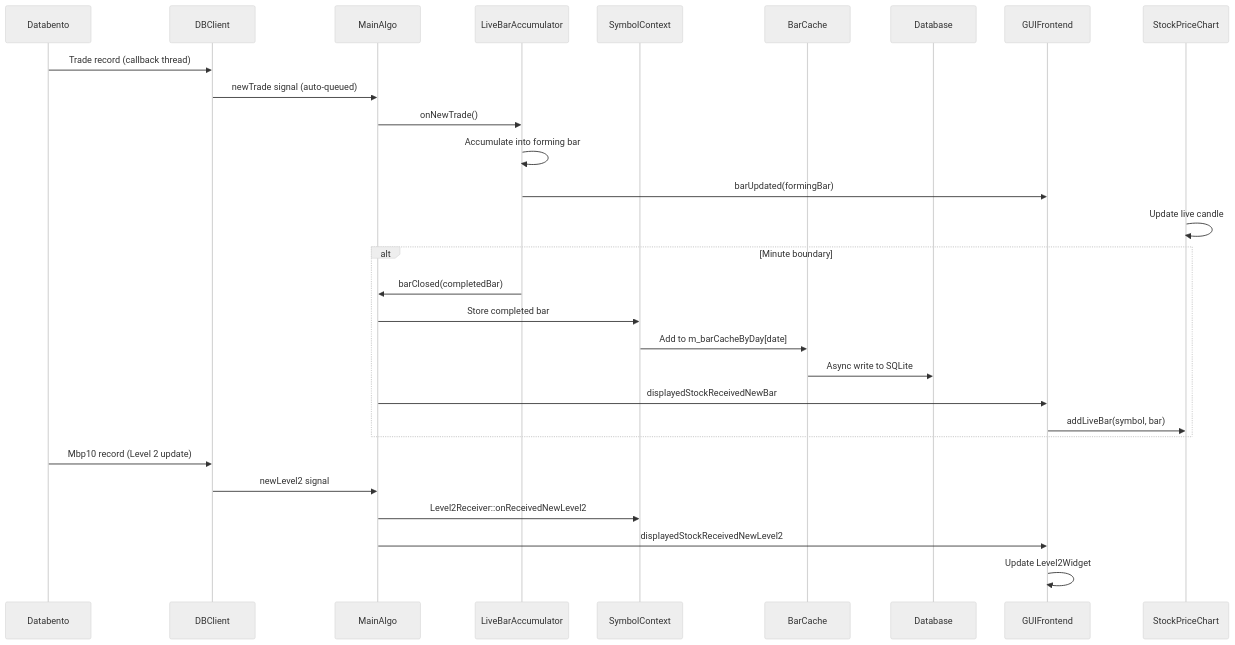
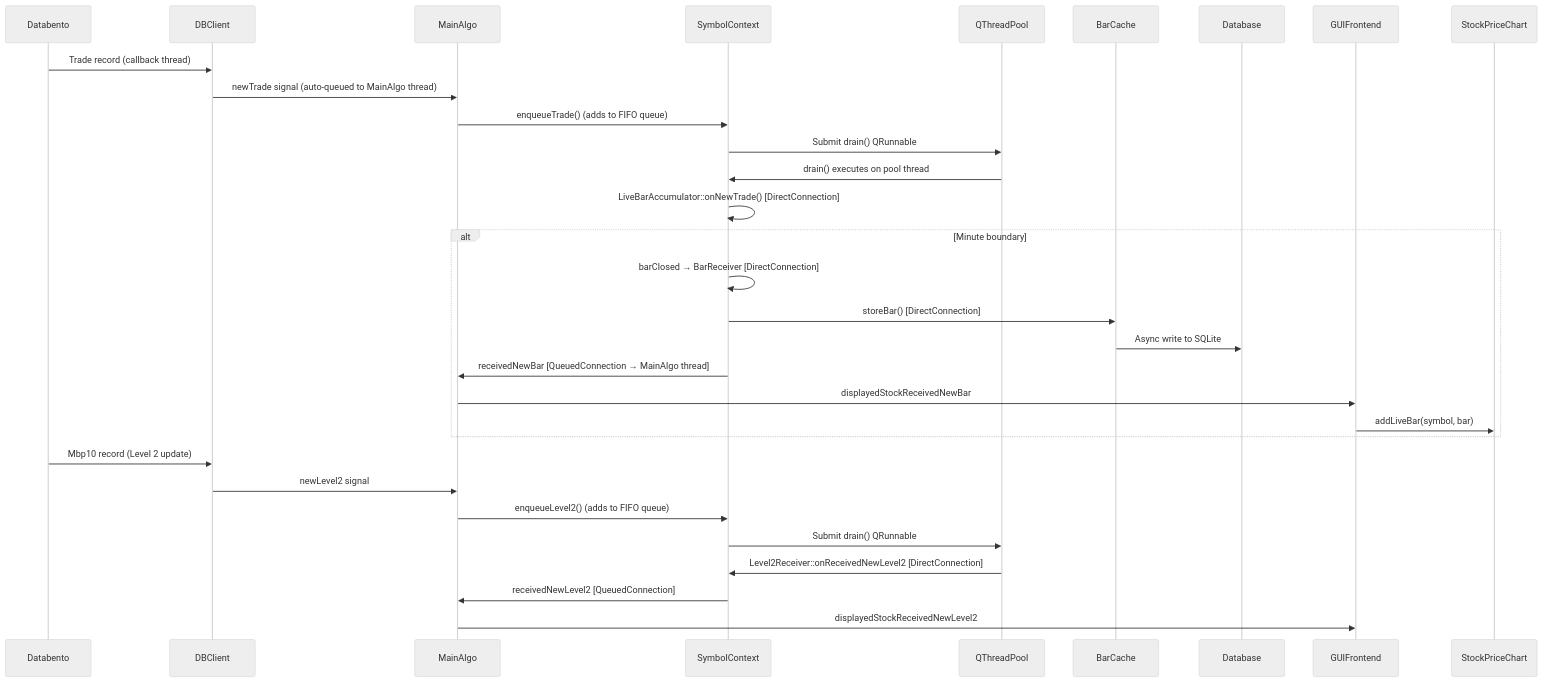
One commit to simonbeaudoin0935/OpenTraderPlatform changed the third of 6 diagrams in Doc/ARCHITECTURE.md. Above: the diagram before and after it, drawn with Mermaid (neutral theme). The commit also changed other lines of this file and 6 other files, not shown here.

````diff
--- a/Doc/ARCHITECTURE.md
+++ b/Doc/ARCHITECTURE.md
@@ -504,34 +507,36 @@
 ```mermaid
 sequenceDiagram
     participant Databento
     participant DBClient
     participant MainAlgo
-    participant LiveBarAccumulator
     participant SymbolContext
+    participant QThreadPool
     participant BarCache
     participant Database
     participant GUIFrontend
     participant StockPriceChart
 
     Databento->>DBClient: Trade record (callback thread)
-    DBClient->>MainAlgo: newTrade signal (auto-queued)
-    MainAlgo->>LiveBarAccumulator: onNewTrade()
-    LiveBarAccumulator->>LiveBarAccumulator: Accumulate into forming bar
-    LiveBarAccumulator->>GUIFrontend: barUpdated(formingBar)
-    StockPriceChart->>StockPriceChart: Update live candle
+    DBClient->>MainAlgo: newTrade signal (auto-queued to MainAlgo thread)
+    MainAlgo->>SymbolContext: enqueueTrade() (adds to FIFO queue)
+    SymbolContext->>QThreadPool: Submit drain() QRunnable
+    QThreadPool->>SymbolContext: drain() executes on pool thread
+    SymbolContext->>SymbolContext: LiveBarAccumulator::onNewTrade() [DirectConnection]
 
     alt Minute boundary
-        LiveBarAccumulator->>MainAlgo: barClosed(completedBar)
-        MainAlgo->>SymbolContext: Store completed bar
-        SymbolContext->>BarCache: Add to m_barCacheByDay[date]
+        SymbolContext->>SymbolContext: barClosed → BarReceiver [DirectConnection]
+        SymbolContext->>BarCache: storeBar() [DirectConnection]
         BarCache->>Database: Async write to SQLite
+        SymbolContext->>MainAlgo: receivedNewBar [QueuedConnection → MainAlgo thread]
         MainAlgo->>GUIFrontend: displayedStockReceivedNewBar
         GUIFrontend->>StockPriceChart: addLiveBar(symbol, bar)
     end
 
     Databento->>DBClient: Mbp10 record (Level 2 update)
     DBClient->>MainAlgo: newLevel2 signal
-    MainAlgo->>SymbolContext: Level2Receiver::onReceivedNewLevel2
+    MainAlgo->>SymbolContext: enqueueLevel2() (adds to FIFO queue)
+    SymbolContext->>QThreadPool: Submit drain() QRunnable
+    QThreadPool->>SymbolContext: Level2Receiver::onReceivedNewLevel2 [DirectConnection]
+    SymbolContext->>MainAlgo: receivedNewLevel2 [QueuedConnection]
     MainAlgo->>GUIFrontend: displayedStockReceivedNewLevel2
-    GUIFrontend->>GUIFrontend: Update Level2Widget
 ```
````
